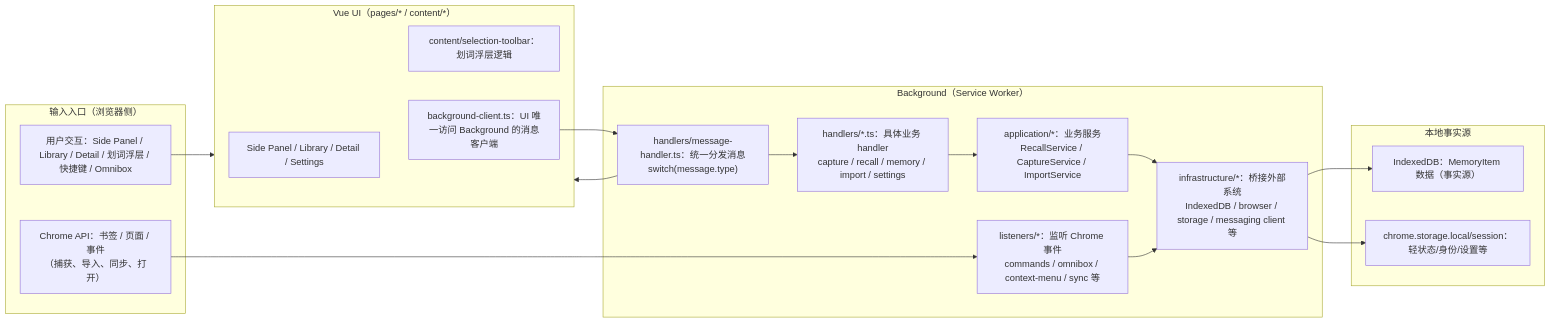
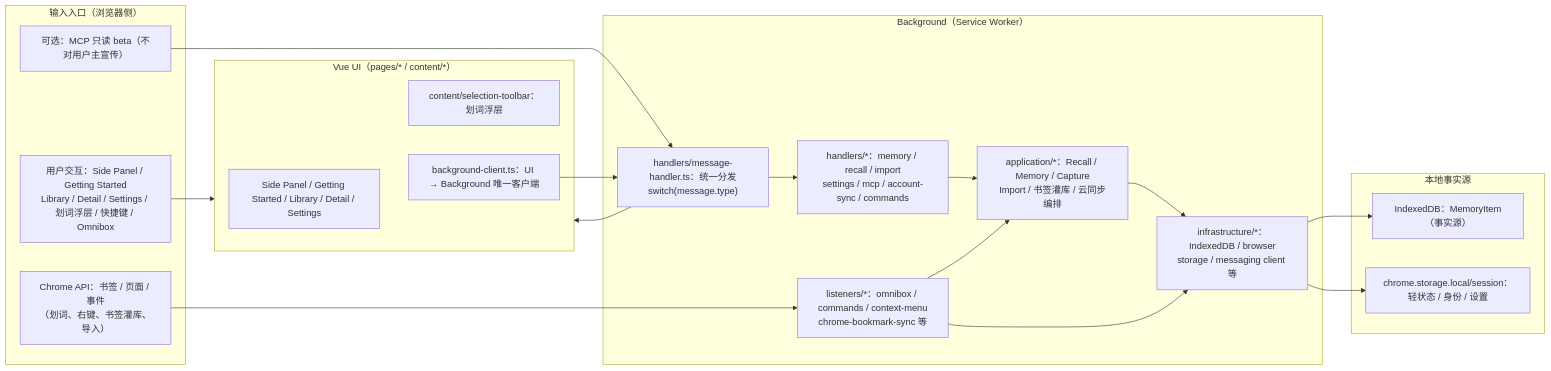
One commit to yiveno/yiveno changed the first of 8 diagrams in docs/architecture/Yiveno-运行时架构流程-v1.md. Above: the diagram before and after it, drawn with Mermaid. The commit also changed other lines of this file and 48 other files, not shown here.

First line of the commit message:
docs: mermaid 图表库与 figma/cws 截图对齐

````diff
--- a/docs/architecture/Yiveno-运行时架构流程-v1.md
+++ b/docs/architecture/Yiveno-运行时架构流程-v1.md
@@ -33,40 +47,43 @@
 ```mermaid
 flowchart LR
   subgraph Input["输入入口（浏览器侧）"]
-    I1["Chrome API：书签 / 页面 / 事件<br/>（捕获、导入、同步、打开）"]
-    I2["用户交互：Side Panel / Library / Detail / 划词浮层 / 快捷键 / Omnibox"]
+    I1["Chrome API：书签 / 页面 / 事件<br/>（划词、右键、书签灌库、导入）"]
+    I2["用户交互：Side Panel / Getting Started<br/>Library / Detail / Settings / 划词浮层 / 快捷键 / Omnibox"]
+    I3["可选：MCP 只读 beta（不对用户主宣传）"]
   end
 
   subgraph BG["Background（Service Worker）"]
-    B1["listeners/*：监听 Chrome 事件<br/>commands / omnibox / context-menu / sync 等"]
-    B2["handlers/message-handler.ts：统一分发消息<br/>switch(message.type)"]
-    B3["handlers/*.ts：具体业务 handler<br/>capture / recall / memory / import / settings"]
-    B4["application/*：业务服务<br/>RecallService / CaptureService / ImportService"]
-    B5["infrastructure/*：桥接外部系统<br/>IndexedDB / browser / storage / messaging client 等"]
+    B1["listeners/*：omnibox / commands / context-menu<br/>chrome-bookmark-sync 等"]
+    B2["handlers/message-handler.ts：统一分发<br/>switch(message.type)"]
+    B3["handlers/*：memory / recall / import<br/>settings / mcp / account-sync / commands"]
+    B4["application/*：Recall / Memory / Capture<br/>Import / 书签灌库 / 云同步编排"]
+    B5["infrastructure/*：IndexedDB / browser<br/>storage / messaging client 等"]
   end
 
   subgraph DB["本地事实源"]
-    D1["IndexedDB：MemoryItem 数据（事实源）"]
-    D2["chrome.storage.local/session：轻状态/身份/设置等"]
+    D1["IndexedDB：MemoryItem（事实源）"]
+    D2["chrome.storage.local/session：轻状态 / 身份 / 设置"]
   end
 
   subgraph UI["Vue UI（pages/* / content/*）"]
-    U1["Side Panel / Library / Detail / Settings"]
-    U2["content/selection-toolbar：划词浮层逻辑"]
-    U3["background-client.ts：UI 唯一访问 Background 的消息客户端"]
+    U1["Side Panel / Getting Started / Library / Detail / Settings"]
+    U2["content/selection-toolbar：划词浮层"]
+    U3["background-client.ts：UI → Background 唯一客户端"]
   end
 
   I1 --> B1
   I2 --> UI
+  I3 --> B2
   UI --> U3
   U3 --> B2
 
   B2 --> B3
   B3 --> B4
   B4 --> B5
   B5 --> D1
   B5 --> D2
 
+  B1 --> B4
   B1 --> B5
   B2 --> UI
 ```
````
